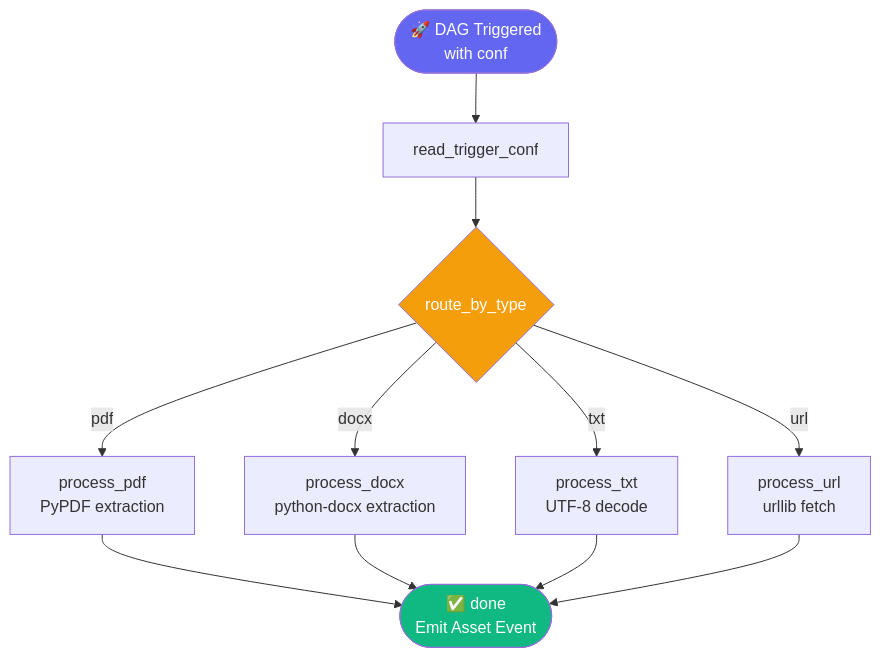
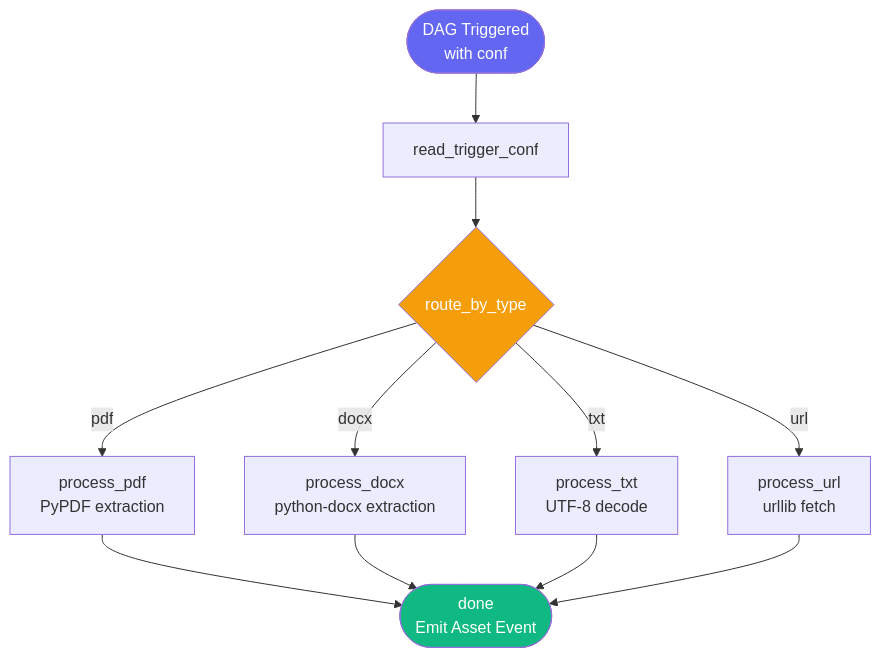
Before and after one commit to Udayreddy2608/RAGaaS: the third of 6 diagrams in README.md, drawn with Mermaid. The commit also changed other lines of this file, not shown here.

````diff
--- a/README.md
+++ b/README.md
@@ -163,17 +163,17 @@
 ```mermaid
 flowchart TD
-    A([🚀 DAG Triggered\nwith conf]) --> B[read_trigger_conf]
+    A([DAG Triggered\nwith conf]) --> B[read_trigger_conf]
     B --> C{route_by_type}
     C -->|pdf| D[process_pdf\nPyPDF extraction]
     C -->|docx| E[process_docx\npython-docx extraction]
     C -->|txt| F[process_txt\nUTF-8 decode]
     C -->|url| G[process_url\nurllib fetch]
-    D --> H([✅ done\nEmit Asset Event])
+    D --> H([done\nEmit Asset Event])
     E --> H
     F --> H
     G --> H
 
     style A fill:#6366f1,color:#fff
     style H fill:#10b981,color:#fff
     style C fill:#f59e0b,color:#fff
 ```
````
